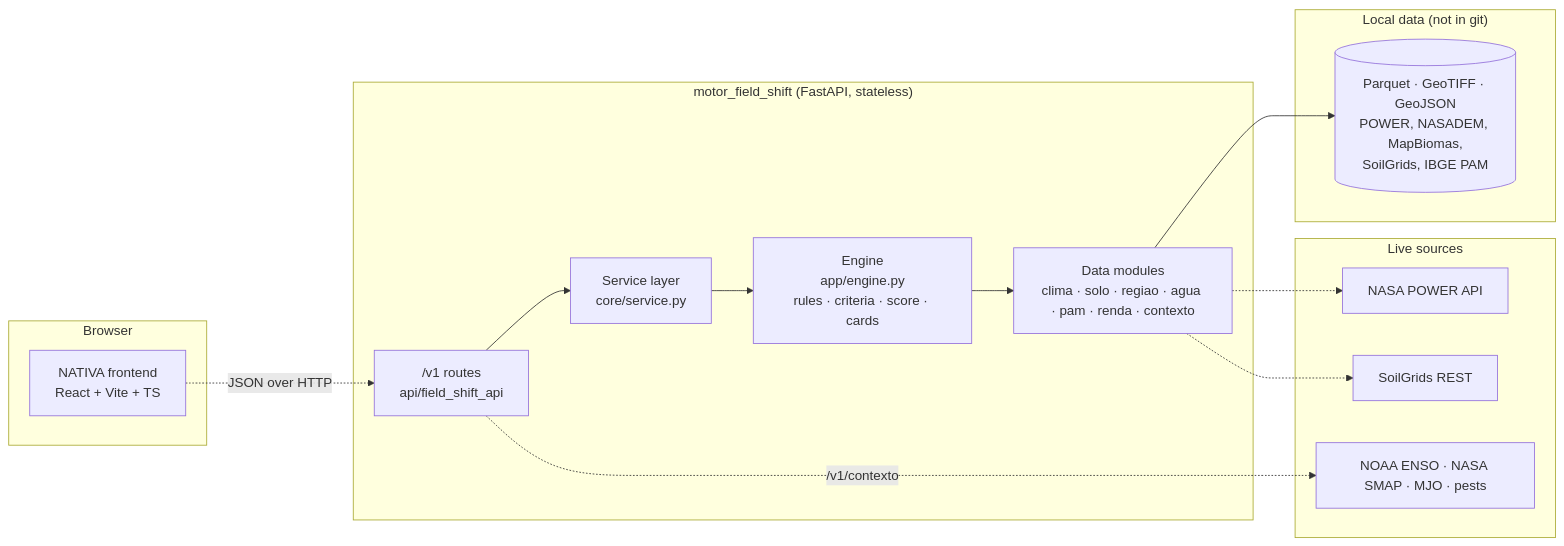
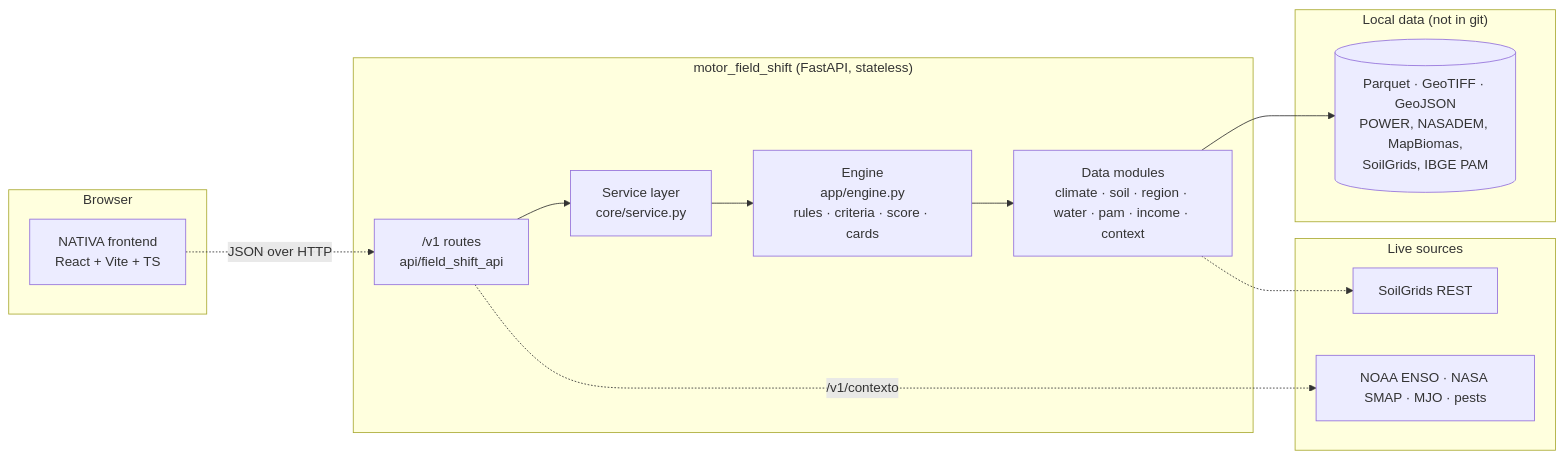
Before and after one commit to br-santella/Nativa: the first of 2 diagrams in README.md, drawn with Mermaid. The commit also changed other lines of this file, not shown here.

````diff
--- a/README.md
+++ b/README.md
@@ -158,30 +158,28 @@
 ```mermaid
 flowchart LR
     subgraph Browser
         UI["NATIVA frontend<br/>React + Vite + TS"]
     end
 
     subgraph API["motor_field_shift (FastAPI, stateless)"]
         R["/v1 routes<br/>api/field_shift_api"]
         S["Service layer<br/>core/service.py"]
         E["Engine<br/>app/engine.py<br/>rules · criteria · score · cards"]
-        M["Data modules<br/>clima · solo · regiao · agua · pam · renda · contexto"]
+        M["Data modules<br/>climate · soil · region · water · pam · income · context"]
         R --> S --> E --> M
     end
 
     subgraph Local["Local data (not in git)"]
         D[("Parquet · GeoTIFF · GeoJSON<br/>POWER, NASADEM, MapBiomas,<br/>SoilGrids, IBGE PAM")]
     end
 
     subgraph Live["Live sources"]
-        P["NASA POWER API"]
         SG["SoilGrids REST"]
         CX["NOAA ENSO · NASA SMAP · MJO · pests"]
     end
 
     UI -. "JSON over HTTP" .-> R
     M --> D
-    M -.-> P
     M -.-> SG
     R -. "/v1/contexto" .-> CX
 ```
````
